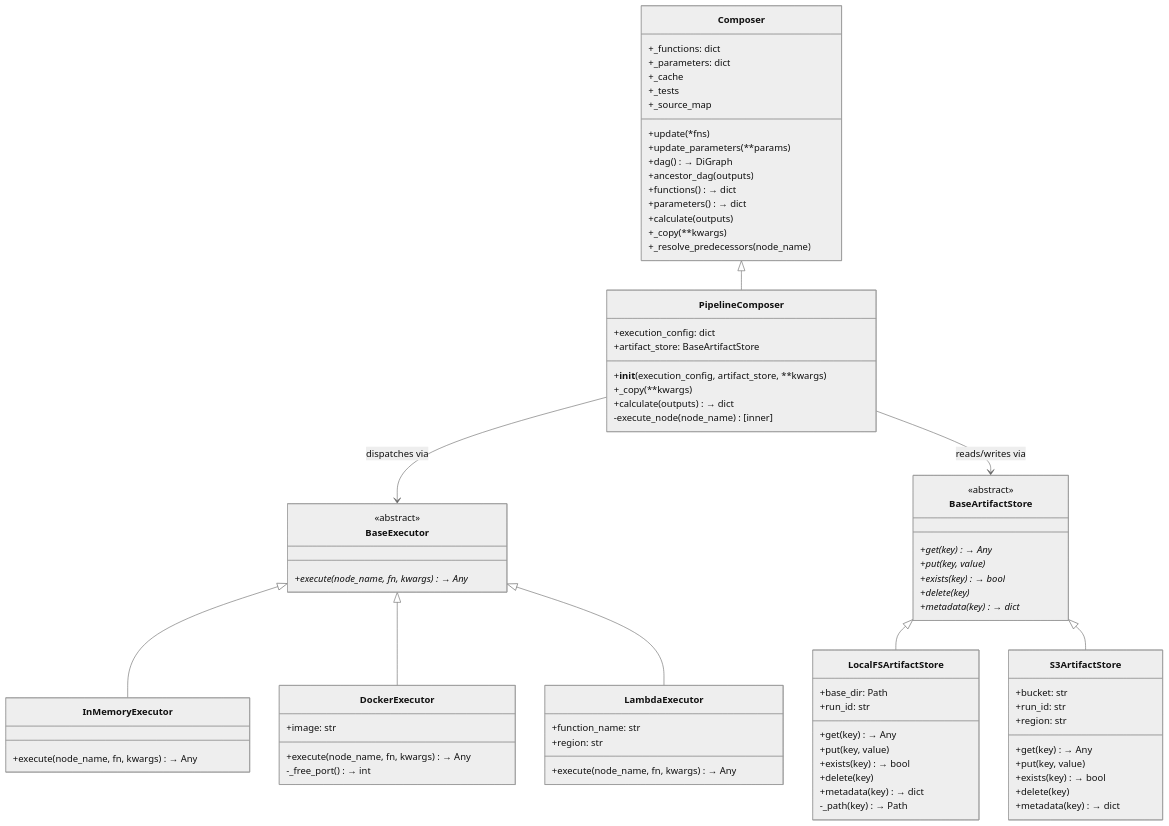
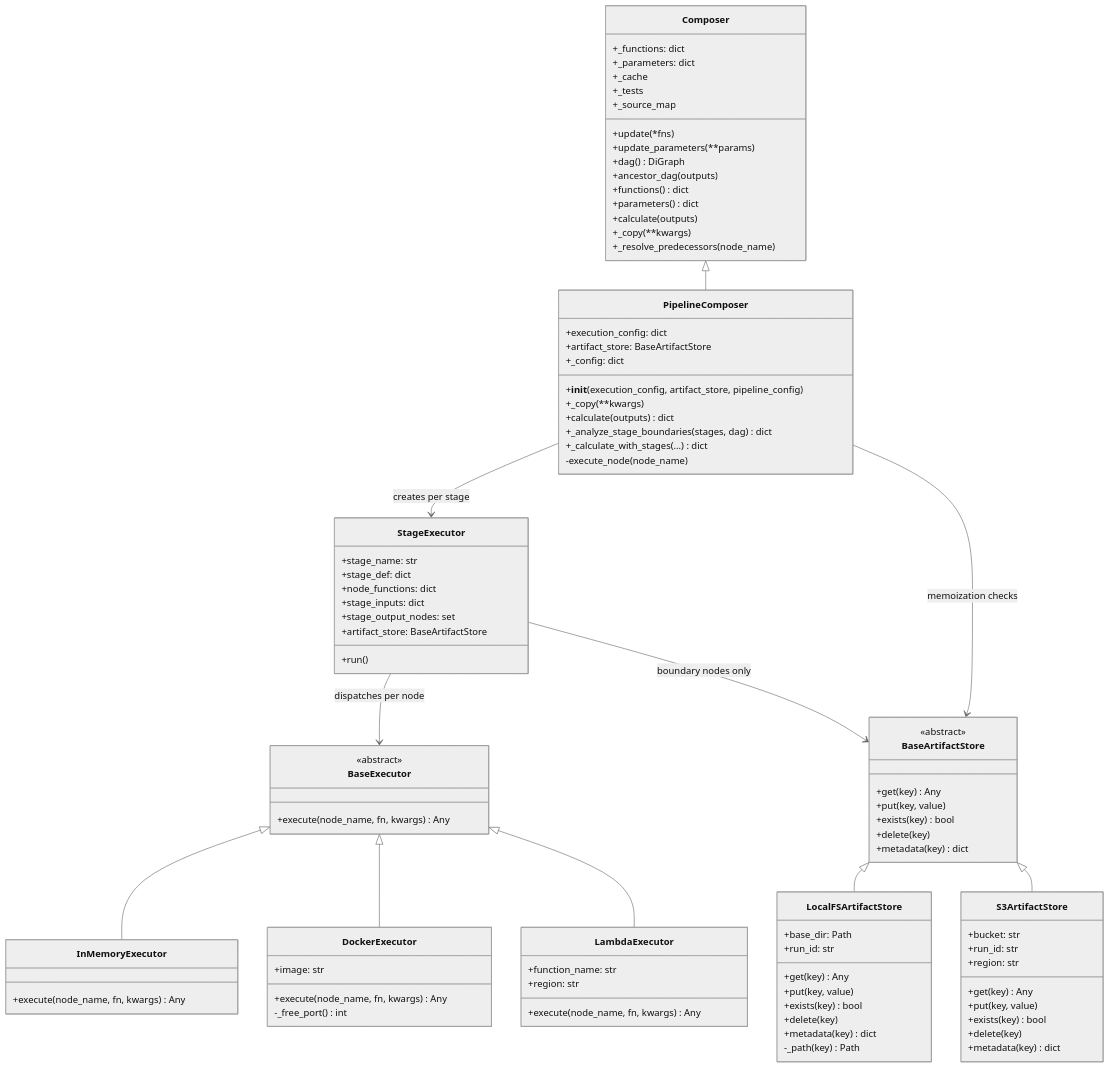
Before and after one commit to ganeshhgupta/fn_graph: the ninth of 12 diagrams in fn_graph/examples/solution/DIAGRAMS.md, drawn with Mermaid (neutral theme). The commit also changed other lines of this file, not shown here.

Commit message:
docs: update DIAGRAMS.md for stage partitioning — new diagrams 11 and 12, all others updated

````diff
--- a/fn_graph/examples/solution/DIAGRAMS.md
+++ b/fn_graph/examples/solution/DIAGRAMS.md
@@ -416,10 +438,10 @@
         +_source_map
         +update(*fns)
         +update_parameters(**params)
-        +dag() → DiGraph
+        +dag() DiGraph
         +ancestor_dag(outputs)
-        +functions() → dict
-        +parameters() → dict
+        +functions() dict
+        +parameters() dict
         +calculate(outputs)
         +_copy(**kwargs)
         +_resolve_predecessors(node_name)
@@ -428,62 +450,75 @@
     class PipelineComposer {
         +execution_config: dict
         +artifact_store: BaseArtifactStore
-        +__init__(execution_config, artifact_store, **kwargs)
+        +_config: dict
+        +__init__(execution_config, artifact_store, pipeline_config)
         +_copy(**kwargs)
-        +calculate(outputs) → dict
-        -execute_node(node_name) [inner]
+        +calculate(outputs) dict
+        +_analyze_stage_boundaries(stages, dag) dict
+        +_calculate_with_stages(...) dict
+        -execute_node(node_name)
     }
 
     class BaseExecutor {
         <<abstract>>
-        +execute(node_name, fn, kwargs)* → Any
+        +execute(node_name, fn, kwargs) Any
     }
 
     class InMemoryExecutor {
-        +execute(node_name, fn, kwargs) → Any
+        +execute(node_name, fn, kwargs) Any
     }
 
     class DockerExecutor {
         +image: str
-        +execute(node_name, fn, kwargs) → Any
-        -_free_port() → int
+        +execute(node_name, fn, kwargs) Any
+        -_free_port() int
     }
 
     class LambdaExecutor {
         +function_name: str
         +region: str
-        +execute(node_name, fn, kwargs) → Any
+        +execute(node_name, fn, kwargs) Any
+    }
+
+    class StageExecutor {
+        +stage_name: str
+        +stage_def: dict
+        +node_functions: dict
+        +stage_inputs: dict
+        +stage_output_nodes: set
+        +artifact_store: BaseArtifactStore
+        +run()
     }
 
     class BaseArtifactStore {
         <<abstract>>
-        +get(key)* → Any
-        +put(key, value)*
-        +exists(key)* → bool
-        +delete(key)*
-        +metadata(key)* → dict
+        +get(key) Any
+        +put(key, value)
+        +exists(key) bool
+        +delete(key)
+        +metadata(key) dict
     }
 
     class LocalFSArtifactStore {
         +base_dir: Path
         +run_id: str
-        +get(key) → Any
+        +get(key) Any
         +put(key, value)
-        +exists(key) → bool
+        +exists(key) bool
         +delete(key)
-        +metadata(key) → dict
-        -_path(key) → Path
+        +metadata(key) dict
+        -_path(key) Path
     }
 
     class S3ArtifactStore {
         +bucket: str
         +run_id: str
         +region: str
-        +get(key) → Any
+        +get(key) Any
         +put(key, value)
-        +exists(key) → bool
+        +exists(key) bool
         +delete(key)
-        +metadata(key) → dict
+        +metadata(key) dict
     }
 
     Composer <|-- PipelineComposer
@@ -493,6 +528,8 @@
     BaseArtifactStore <|-- LocalFSArtifactStore
     BaseArtifactStore <|-- S3ArtifactStore
 
-    PipelineComposer --> BaseExecutor : dispatches via
-    PipelineComposer --> BaseArtifactStore : reads/writes via
+    PipelineComposer --> StageExecutor : creates per stage
+    PipelineComposer --> BaseArtifactStore : memoization checks
+    StageExecutor --> BaseExecutor : dispatches per node
+    StageExecutor --> BaseArtifactStore : boundary nodes only
 ```
````
